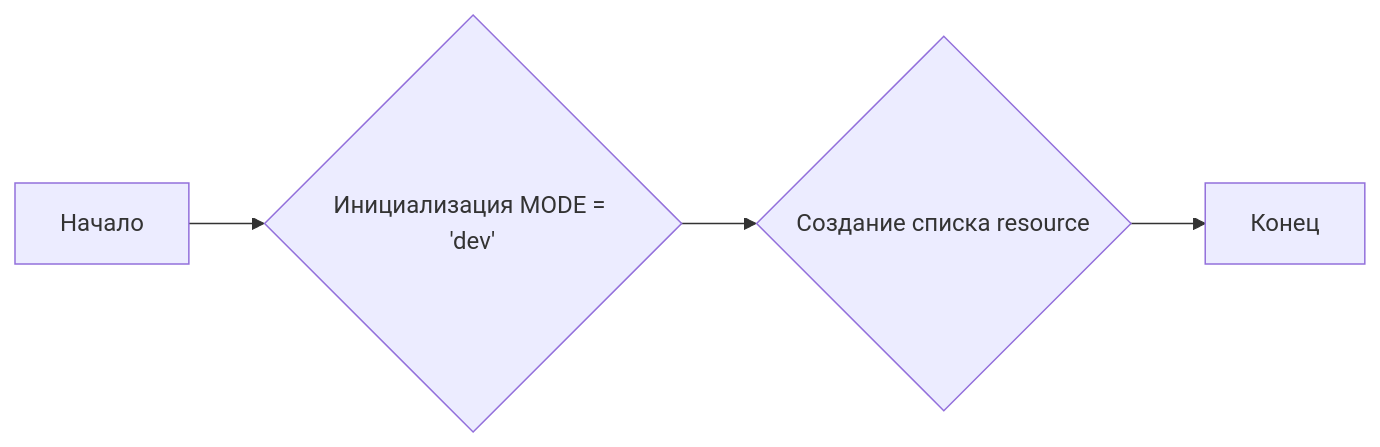
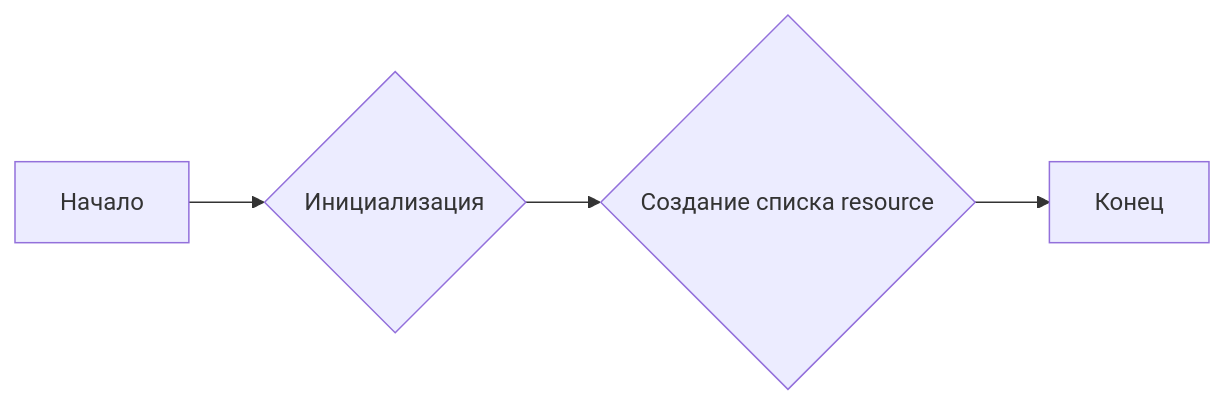
Before and after one commit to hypo69/hypo: the first of 2 diagrams in docs/gemini/ru/explainer/src/endpoints/prestashop/api_schemas/api_resourses_list.py.md, drawn with Mermaid. The commit also changed other lines of this file and 6031 other files, not shown here.

````diff
--- a/docs/gemini/ru/explainer/src/endpoints/prestashop/api_schemas/api_resourses_list.py.md
+++ b/docs/gemini/ru/explainer/src/endpoints/prestashop/api_schemas/api_resourses_list.py.md
@@ -14,6 +14,6 @@
 ```mermaid
 graph LR
-    A[Начало] --> B{Инициализация MODE = 'dev'};
+    A[Начало] --> B{Инициализация };
     B --> C{Создание списка resource};
     C --> D[Конец];
 ```
````
